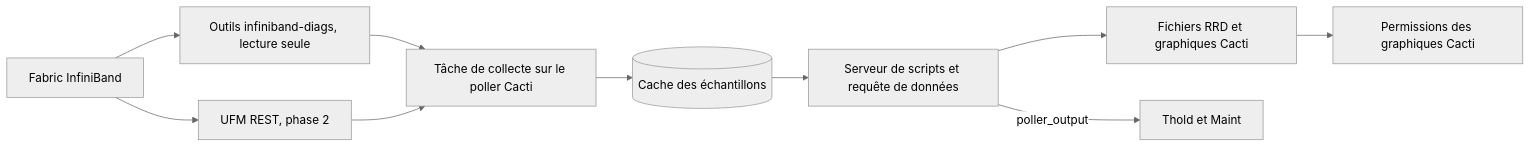
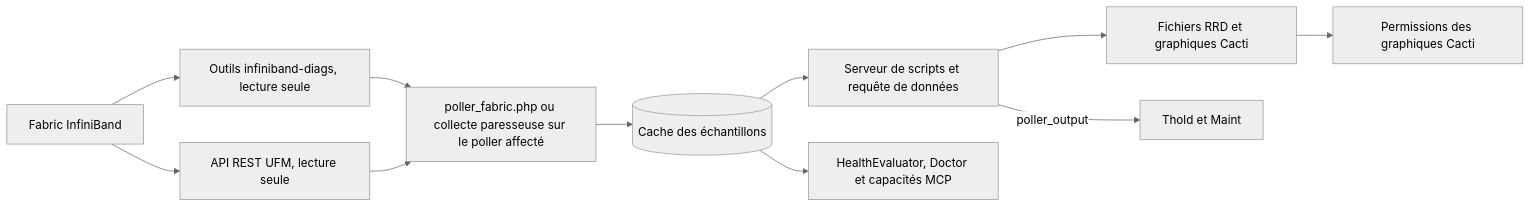
The diagram in docs/i18n/fr-SN/README.md (somethingwithproof/plugin_fabric), drawn with Mermaid (neutral theme) before and after one commit. The commit also changed other lines of this file and 48 other files, not shown here.

````diff
--- a/docs/i18n/fr-SN/README.md
+++ b/docs/i18n/fr-SN/README.md
@@ -92,12 +132,13 @@
 ```mermaid
 flowchart LR
     F[Fabric InfiniBand] --> T[Outils infiniband-diags, lecture seule]
-    F --> U[UFM REST, phase 2]
-    T --> S[Tâche de collecte sur le poller Cacti]
+    F --> U[API REST UFM, lecture seule]
+    T --> S[poller_fabric.php ou collecte paresseuse sur le poller affecté]
     U --> S
     S --> C[(Cache des échantillons)]
     C --> SS[Serveur de scripts et requête de données]
     SS --> R[Fichiers RRD et graphiques Cacti]
     SS -->|poller_output| TH[Thold et Maint]
+    C --> H[HealthEvaluator, Doctor et capacités MCP]
     R --> P[Permissions des graphiques Cacti]
 ```
````
